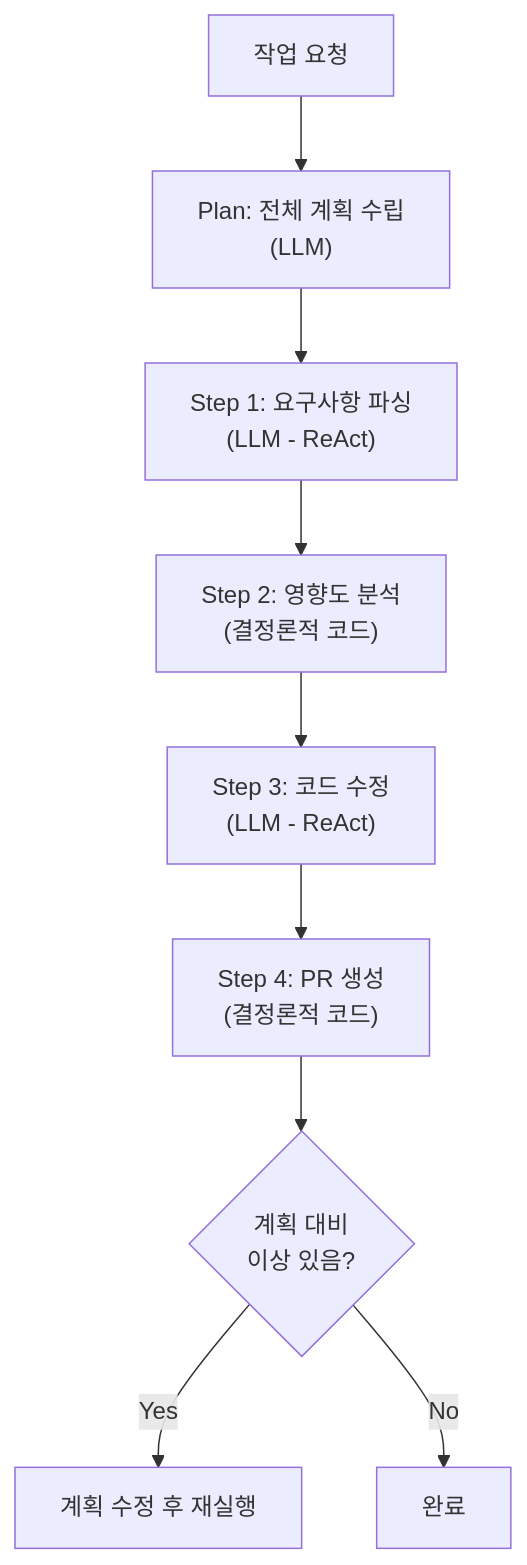
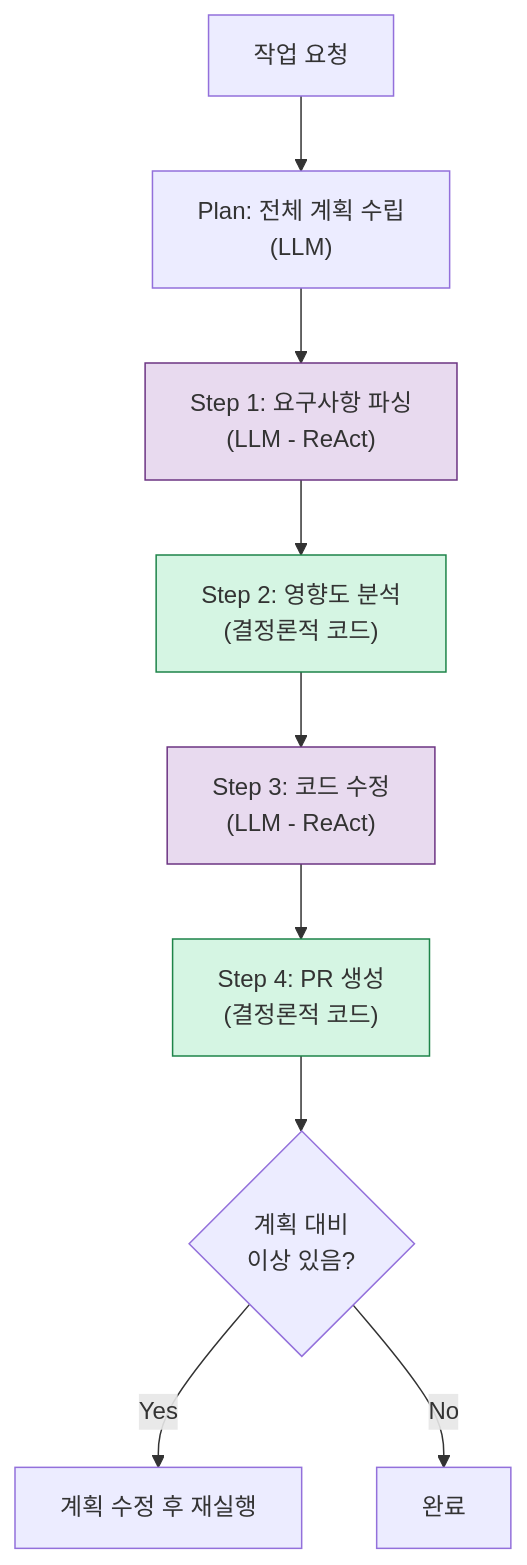
The third of 3 diagrams in _posts/2026-04-30-agent-오케스트레이션-패턴-비교-react-vs-plan-and-execute.md (Gyubster/til), drawn with Mermaid before and after one commit. The commit also changed 11 other files, not shown here.

````diff
--- a/_posts/2026-04-30-agent-오케스트레이션-패턴-비교-react-vs-plan-and-execute.md
+++ b/_posts/2026-04-30-agent-오케스트레이션-패턴-비교-react-vs-plan-and-execute.md
@@ -108,12 +108,15 @@
 ```mermaid
 flowchart TD
     A["작업 요청"] --> B["Plan: 전체 계획 수립<br>(LLM)"]
     B --> C["Step 1: 요구사항 파싱<br>(LLM - ReAct)"]
     C --> D["Step 2: 영향도 분석<br>(결정론적 코드)"]
     D --> E["Step 3: 코드 수정<br>(LLM - ReAct)"]
     E --> F["Step 4: PR 생성<br>(결정론적 코드)"]
     F --> G{"계획 대비<br>이상 있음?"}
     G -->|Yes| H["계획 수정 후 재실행"]
     G -->|No| I["완료"]
-    
+    style C fill:#e8daef,stroke:#6c3483
+    style E fill:#e8daef,stroke:#6c3483
+    style D fill:#d5f5e3,stroke:#1e8449
+    style F fill:#d5f5e3,stroke:#1e8449
 ```
````
